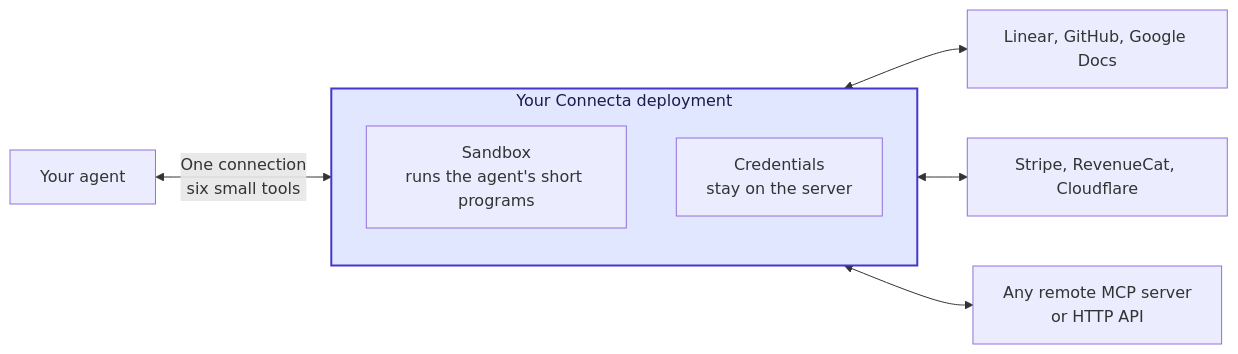
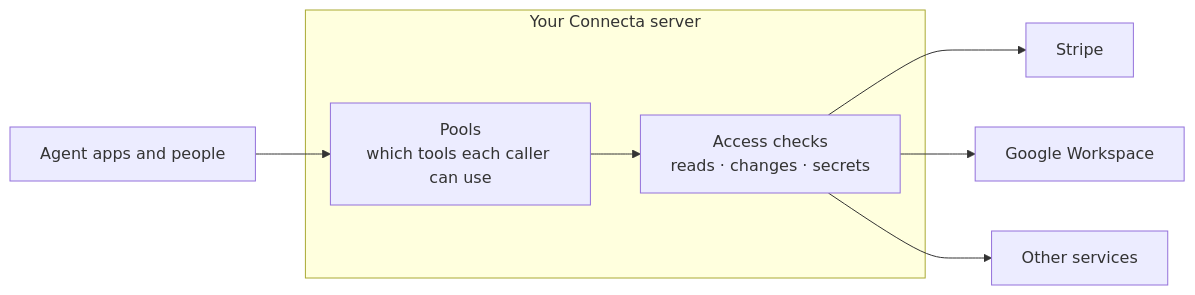
Before and after one commit to zackbart/connecta: the first of 2 diagrams in README.md, drawn with Mermaid. The commit also changed other lines of this file and 17 other files, not shown here.

````diff
--- a/README.md
+++ b/README.md
@@ -10,15 +9,10 @@
 ```mermaid
 flowchart LR
-    Agent["Your agent"] <-->|"One connection<br/>six small tools"| Connecta
-
-    subgraph Connecta["Your Connecta deployment"]
-        Sandbox["Sandbox<br/>runs the agent's short programs"]
-        Keys["Credentials<br/>stay on the server"]
+    Agents["Agent apps and people"] --> Pools
+    subgraph Connecta["Your Connecta server"]
+        Pools["Pools<br/>which tools each caller can use"] --> Checks["Access checks<br/>reads · changes · secrets"]
     end
-
-    Connecta <--> Work["Linear, GitHub, Google Docs"]
-    Connecta <--> Business["Stripe, RevenueCat, Cloudflare"]
-    Connecta <--> Yours["Any remote MCP server<br/>or HTTP API"]
-
-    style Connecta fill:#e0e7ff,stroke:#4338ca,color:#1e1b4b,stroke-width:2px
+    Checks --> Stripe
+    Checks --> Google["Google Workspace"]
+    Checks --> Other["Other services"]
 ```
````
